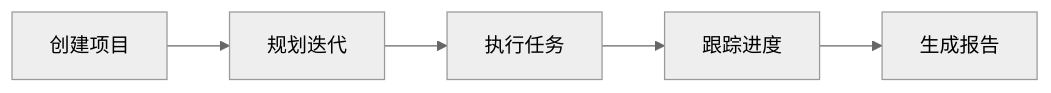
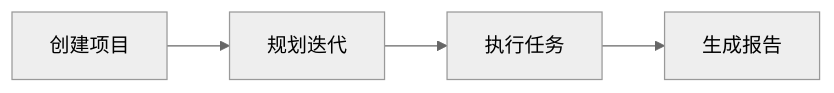
Before and after one commit to xcancloud/AngusOfficialWebsite: the first of 2 diagrams in www/zh/docs/tester/introduction/scenarios.md, drawn with Mermaid (neutral theme). The commit also changed other lines of this file and 12 other files, not shown here.

````diff
--- a/www/zh/docs/tester/introduction/scenarios.md
+++ b/www/zh/docs/tester/introduction/scenarios.md
@@ -11,7 +11,6 @@
 ```mermaid
 flowchart LR
     A[创建项目] --> B[规划迭代]
     B --> C[执行任务]
-    C --> D[跟踪进度]
-    D --> E[生成报告]
+    C --> D[生成报告]
 ```
````
